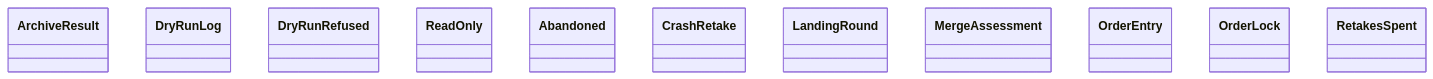
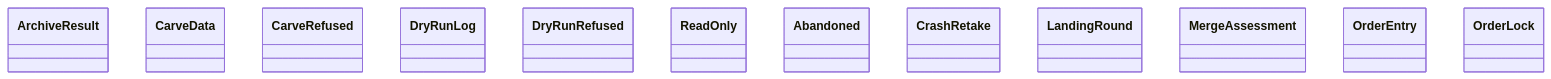
The diagram in docs/architecture/generated/classes-process-application-lifecycle-1.md (GonzaloZevallos/agentic-system), drawn with Mermaid before and after one commit. The commit also changed 9 other files, not shown here.

First line of the commit message:
Open the carve-out follow-up with an idempotent, record-first apply_carve (steps 1-3)

````diff
--- a/docs/architecture/generated/classes-process-application-lifecycle-1.md
+++ b/docs/architecture/generated/classes-process-application-lifecycle-1.md
@@ -19,14 +19,15 @@
 ```mermaid
 classDiagram
     class archive__ArchiveResult["ArchiveResult"]
+    class carve_out__CarveData["CarveData"]
+    class carve_out__CarveRefused["CarveRefused"]
     class dry_run__DryRunLog["DryRunLog"]
     class dry_run__DryRunRefused["DryRunRefused"]
     class dry_run__ReadOnly["ReadOnly"]
     class poll__Abandoned["Abandoned"]
     class poll__CrashRetake["CrashRetake"]
     class poll__LandingRound["LandingRound"]
     class poll__MergeAssessment["MergeAssessment"]
     class poll__OrderEntry["OrderEntry"]
     class poll__OrderLock["OrderLock"]
-    class poll__RetakesSpent["RetakesSpent"]
 ```
````
